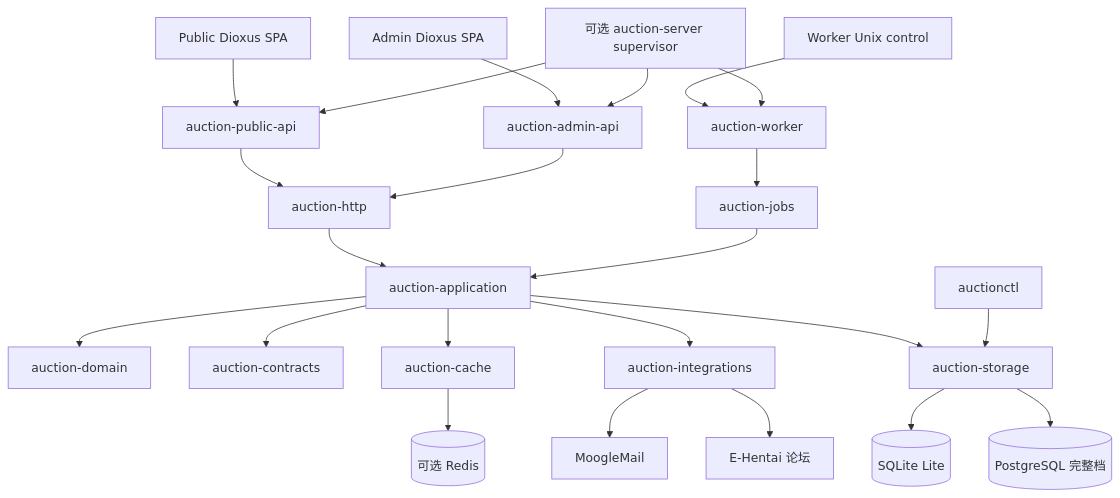
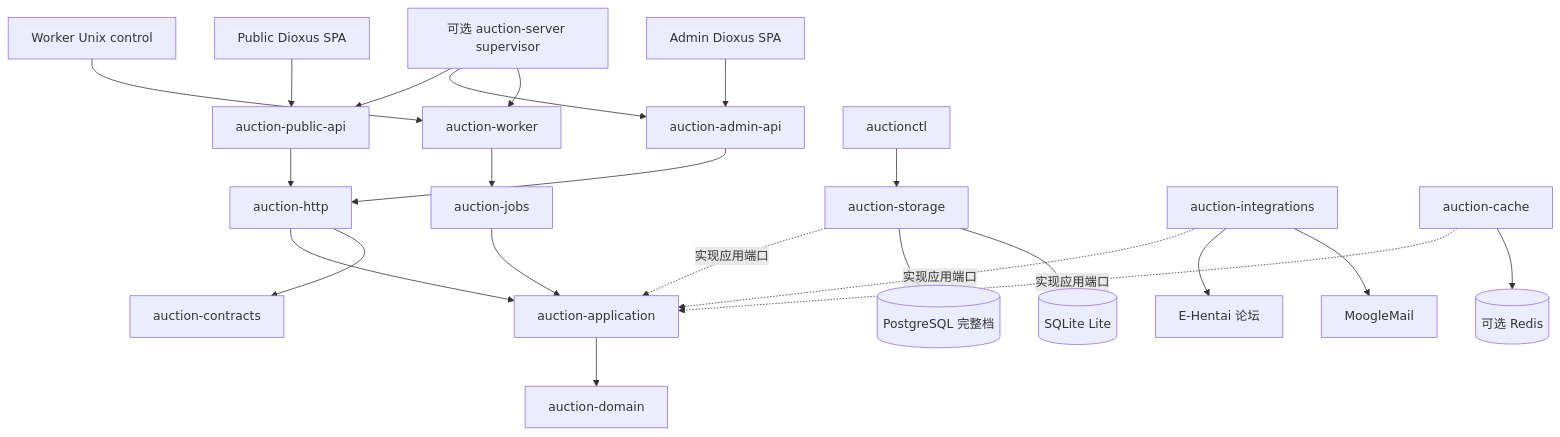
One commit to ngnlAYY/Auction changed the diagram in DESIGN.md. Above: the diagram before and after it, drawn with Mermaid. The commit also changed other lines of this file and 133 other files, not shown here.

````diff
--- a/DESIGN.md
+++ b/DESIGN.md
@@ -26,25 +31,25 @@
 ```mermaid
 flowchart TD
     BrowserPublic[Public Dioxus SPA] --> Public[auction-public-api]
     BrowserAdmin[Admin Dioxus SPA] --> Admin[auction-admin-api]
     Public --> HTTP[auction-http]
     Admin --> HTTP
     Worker[auction-worker] --> Jobs[auction-jobs]
     HTTP --> App[auction-application]
     Jobs --> App
     App --> Domain[auction-domain]
-    App --> Contracts[auction-contracts]
-    App --> Storage[auction-storage]
-    App --> Integrations[auction-integrations]
-    App --> Cache[auction-cache]
+    HTTP --> Contracts[auction-contracts]
+    Storage[auction-storage] -.->|实现应用端口| App
+    Integrations[auction-integrations] -.->|实现应用端口| App
+    Cache[auction-cache] -.->|实现应用端口| App
     Storage --> PostgreSQL[(PostgreSQL 完整档)]
     Storage --> SQLite[(SQLite Lite)]
     Cache --> Redis[(可选 Redis)]
     Integrations --> Forum[E-Hentai 论坛]
     Integrations --> Mail[MoogleMail]
     Control[Worker Unix control] --> Worker
     Ctl[auctionctl] --> Storage
     Server[可选 auction-server supervisor] --> Public
     Server --> Admin
     Server --> Worker
 ```
````
